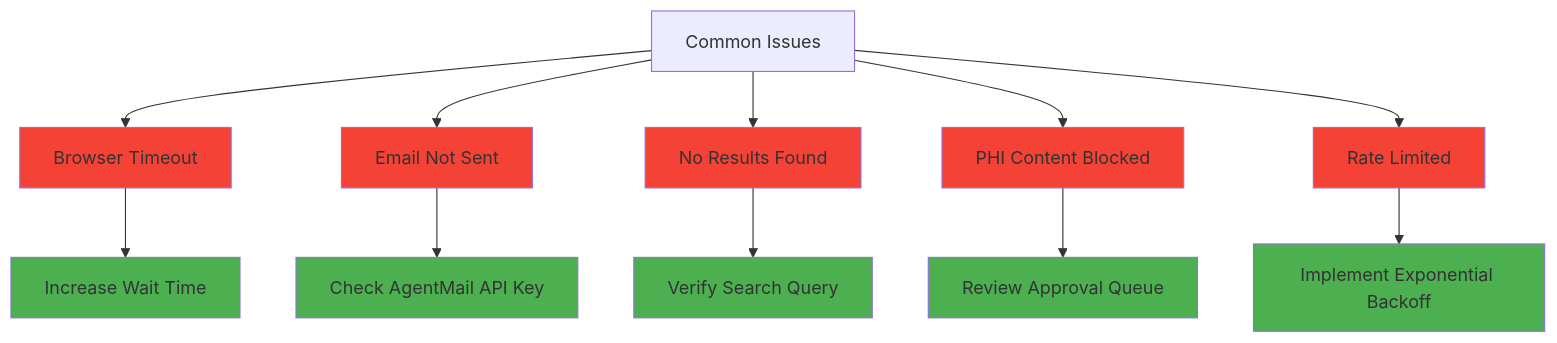
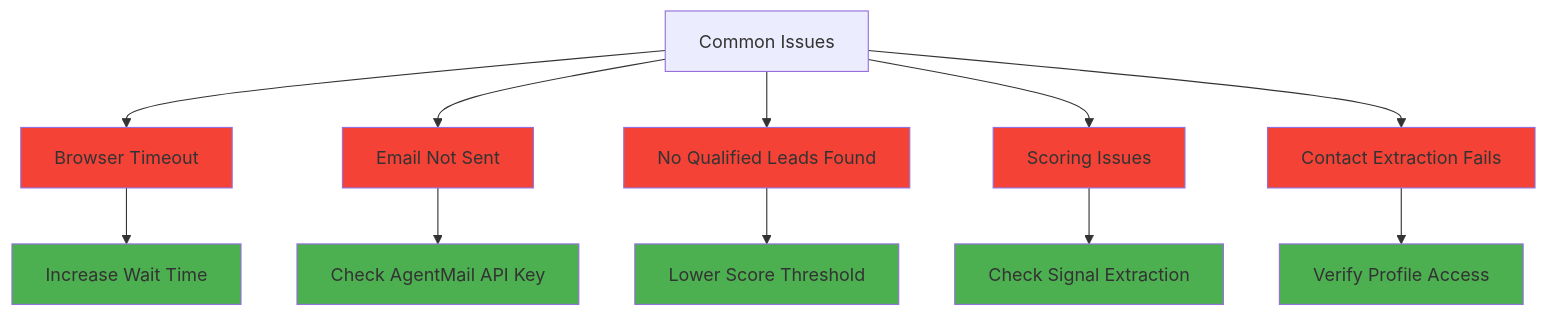
Before and after one commit to the-omics-os/biodata-assistant: the seventh of 7 diagrams in architecture.md, drawn with Mermaid. The commit also changed other lines of this file and 1099 other files, not shown here.

````diff
--- a/architecture.md
+++ b/architecture.md
@@ -512,20 +549,20 @@
 ```mermaid
 flowchart TD
     CommonIssues[Common Issues] --> BrowserTimeout[Browser Timeout]
     CommonIssues --> EmailNotSent[Email Not Sent]
-    CommonIssues --> NoResults[No Results Found]
-    CommonIssues --> PHIBlocked[PHI Content Blocked]
-    CommonIssues --> RateLimited[Rate Limited]
+    CommonIssues --> NoLeads[No Qualified Leads Found]
+    CommonIssues --> ScoringIssues[Scoring Issues]
+    CommonIssues --> ContactExtraction[Contact Extraction Fails]
 
     BrowserTimeout --> IncreaseWaitTime[Increase Wait Time]
     EmailNotSent --> CheckAgentMailKey[Check AgentMail API Key]
-    NoResults --> VerifySearchQuery[Verify Search Query]
-    PHIBlocked --> ReviewApprovalQueue[Review Approval Queue]
-    RateLimited --> ImplementBackoff[Implement Exponential Backoff]
+    NoLeads --> LowerScoreThreshold[Lower Score Threshold]
+    ScoringIssues --> CheckSignalExtraction[Check Signal Extraction]
+    ContactExtraction --> VerifyProfileAccess[Verify Profile Access]
 
     classDef issue fill:#f44336
     classDef solution fill:#4caf50
 
-    class BrowserTimeout,EmailNotSent,NoResults,PHIBlocked,RateLimited issue
-    class IncreaseWaitTime,CheckAgentMailKey,VerifySearchQuery,ReviewApprovalQueue,ImplementBackoff solution
+    class BrowserTimeout,EmailNotSent,NoLeads,ScoringIssues,ContactExtraction issue
+    class IncreaseWaitTime,CheckAgentMailKey,LowerScoreThreshold,CheckSignalExtraction,VerifyProfileAccess solution
 ```
````
